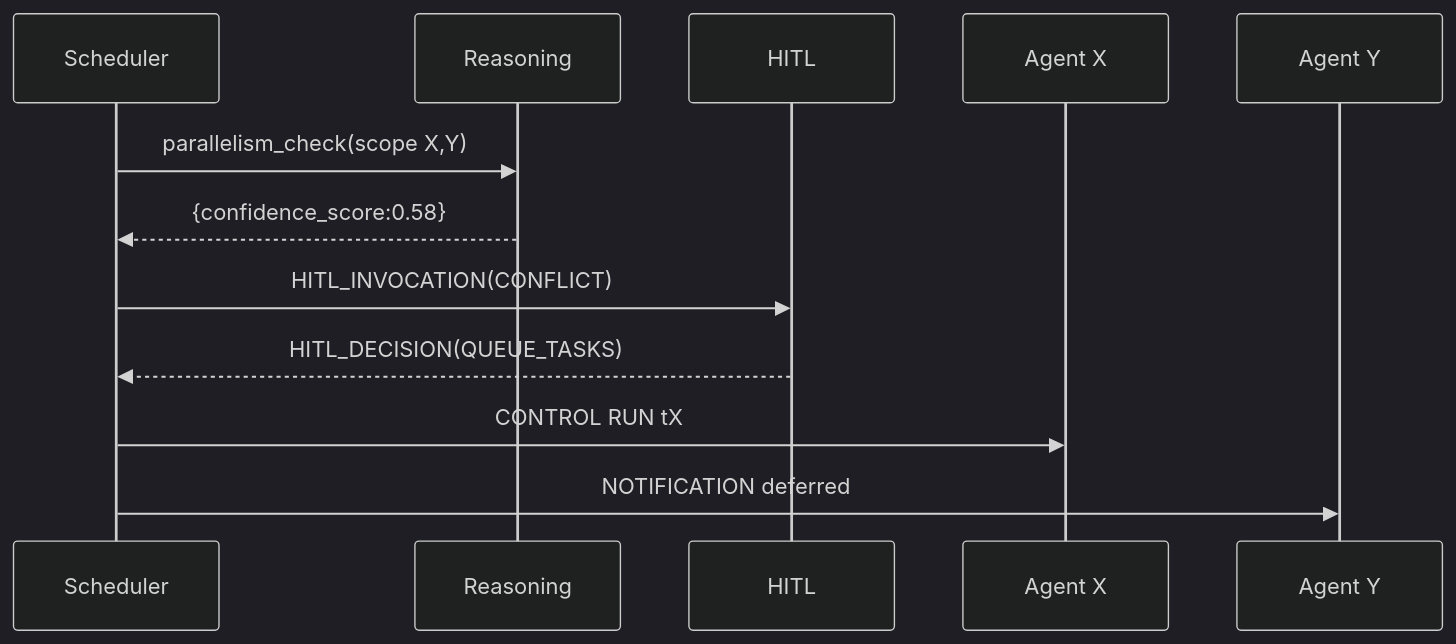
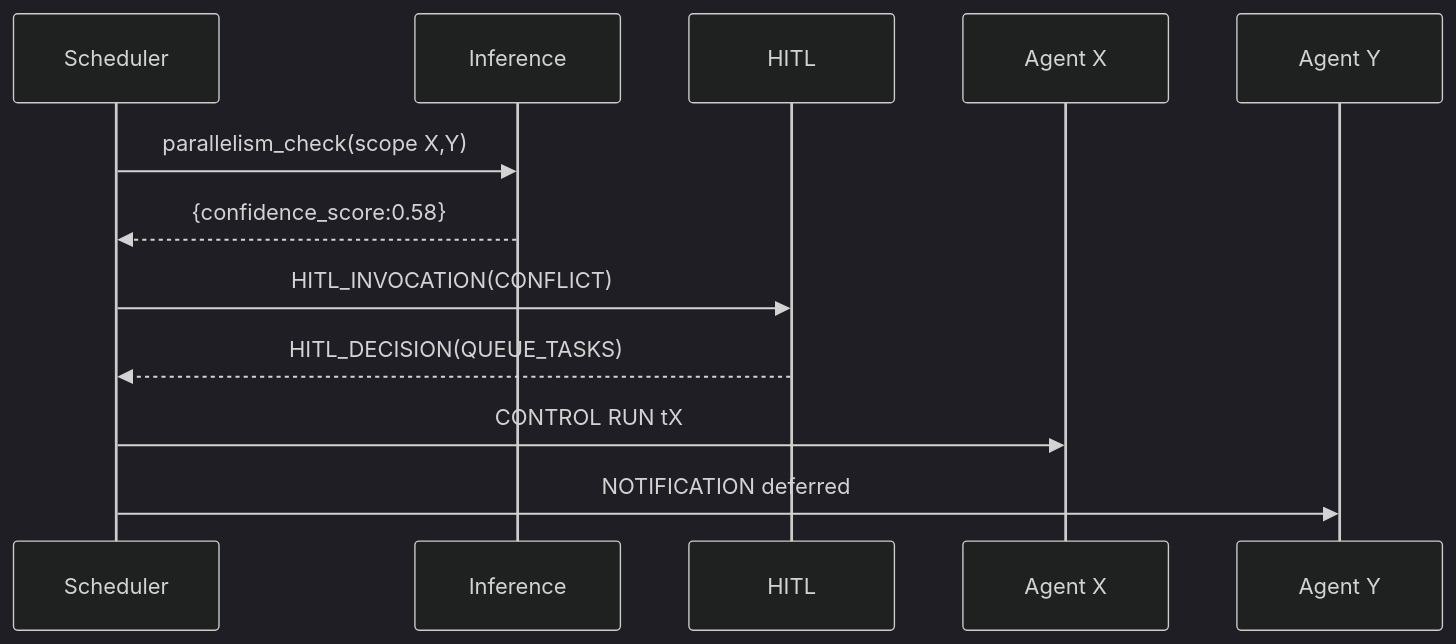
The tenth of 13 diagrams in documentation/protocol/spec.md (rahulrajaram/sw4rm), drawn with Mermaid (dark theme) before and after one commit. The commit also changed other lines of this file and 69 other files, not shown here.

````diff
--- a/documentation/protocol/spec.md
+++ b/documentation/protocol/spec.md
@@ -440,14 +864,14 @@
 ```mermaid
 sequenceDiagram
     participant S as Scheduler
-    participant RE as Reasoning
+    participant RE as Inference
     participant H as HITL
     participant X as Agent X
     participant Y as Agent Y
     S->>RE: parallelism_check(scope X,Y)
     RE-->>S: {confidence_score:0.58}
     S->>H: HITL_INVOCATION(CONFLICT)
     H-->>S: HITL_DECISION(QUEUE_TASKS)
     S->>X: CONTROL RUN tX
     S->>Y: NOTIFICATION deferred
 ```
````
